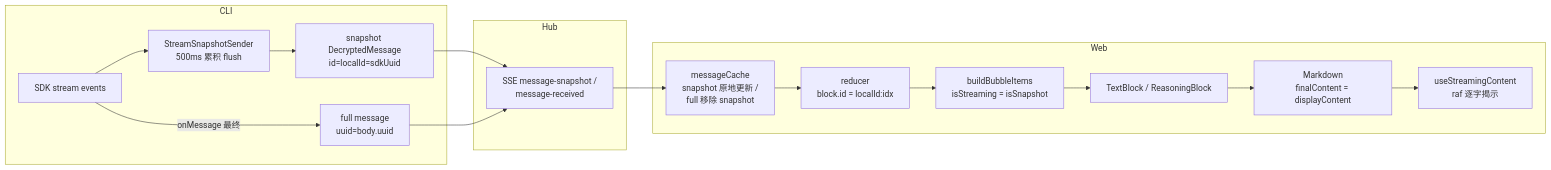
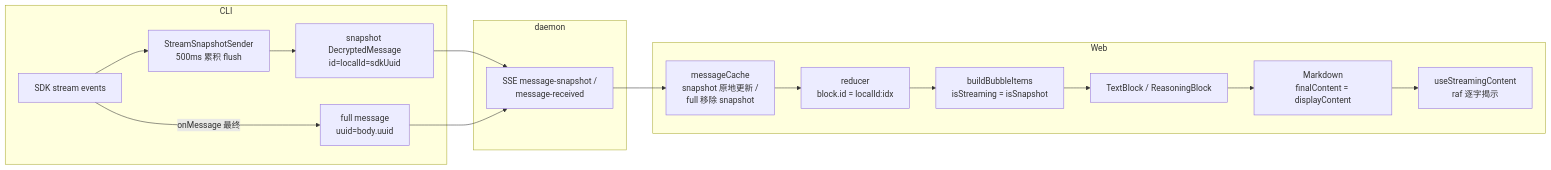
Before and after one commit to ModuBit/mobi: the diagram in docs/architecture/web/streaming.md, drawn with Mermaid. The commit also changed other lines of this file and 86 other files, not shown here.

````diff
--- a/docs/architecture/web/streaming.md
+++ b/docs/architecture/web/streaming.md
@@ -7,26 +7,26 @@
 ```mermaid
 flowchart LR
     subgraph CLI
         SDK["SDK stream events"]
         SSS["StreamSnapshotSender<br/>500ms 累积 flush"]
         SNAP["snapshot DecryptedMessage<br/>id=localId=sdkUuid"]
         FULL["full message<br/>uuid=body.uuid"]
     end
 
-    subgraph Hub
+    subgraph daemon
         SSE["SSE message-snapshot /<br/>message-received"]
     end
 
     subgraph Web
         MC["messageCache<br/>snapshot 原地更新 /<br/>full 移除 snapshot"]
         RED["reducer<br/>block.id = localId:idx"]
         BUB["buildBubbleItems<br/>isStreaming = isSnapshot"]
         TB["TextBlock / ReasoningBlock"]
         MD["Markdown<br/>finalContent = displayContent"]
         HOOK["useStreamingContent<br/>raf 逐字揭示"]
     end
 
     SDK --> SSS --> SNAP --> SSE
     SDK -->|"onMessage 最终"| FULL --> SSE
     SSE --> MC --> RED --> BUB --> TB --> MD --> HOOK
 ```
````
